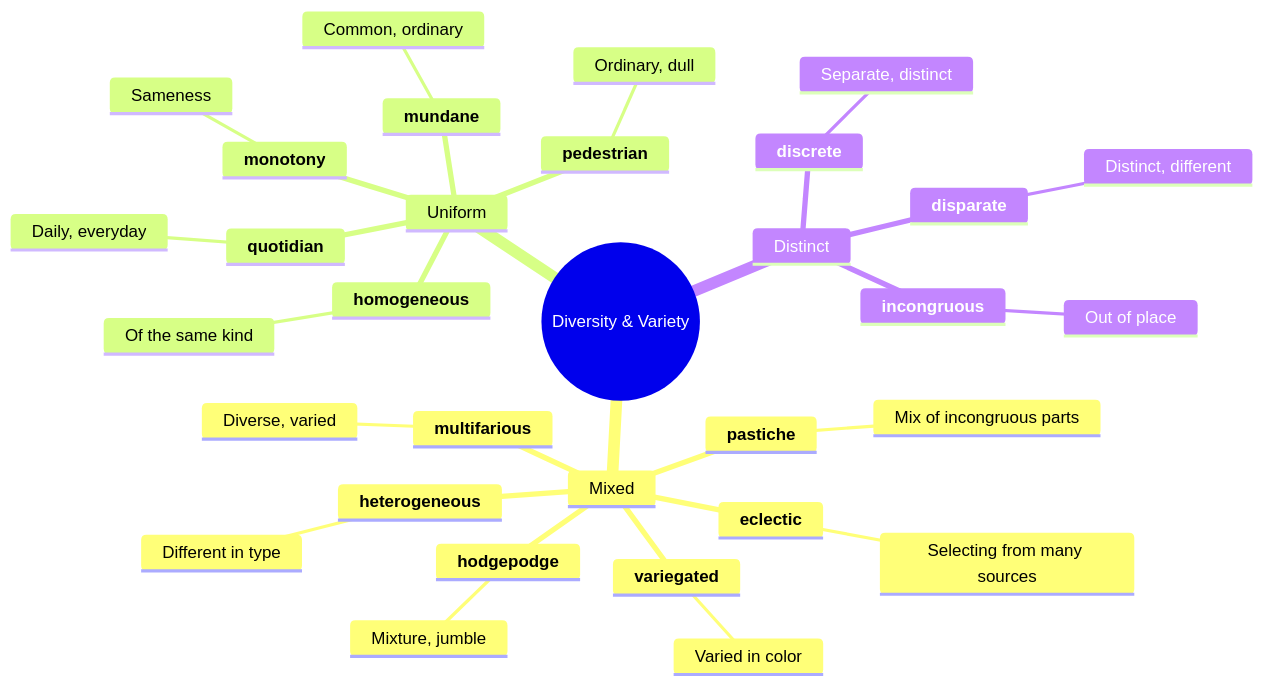
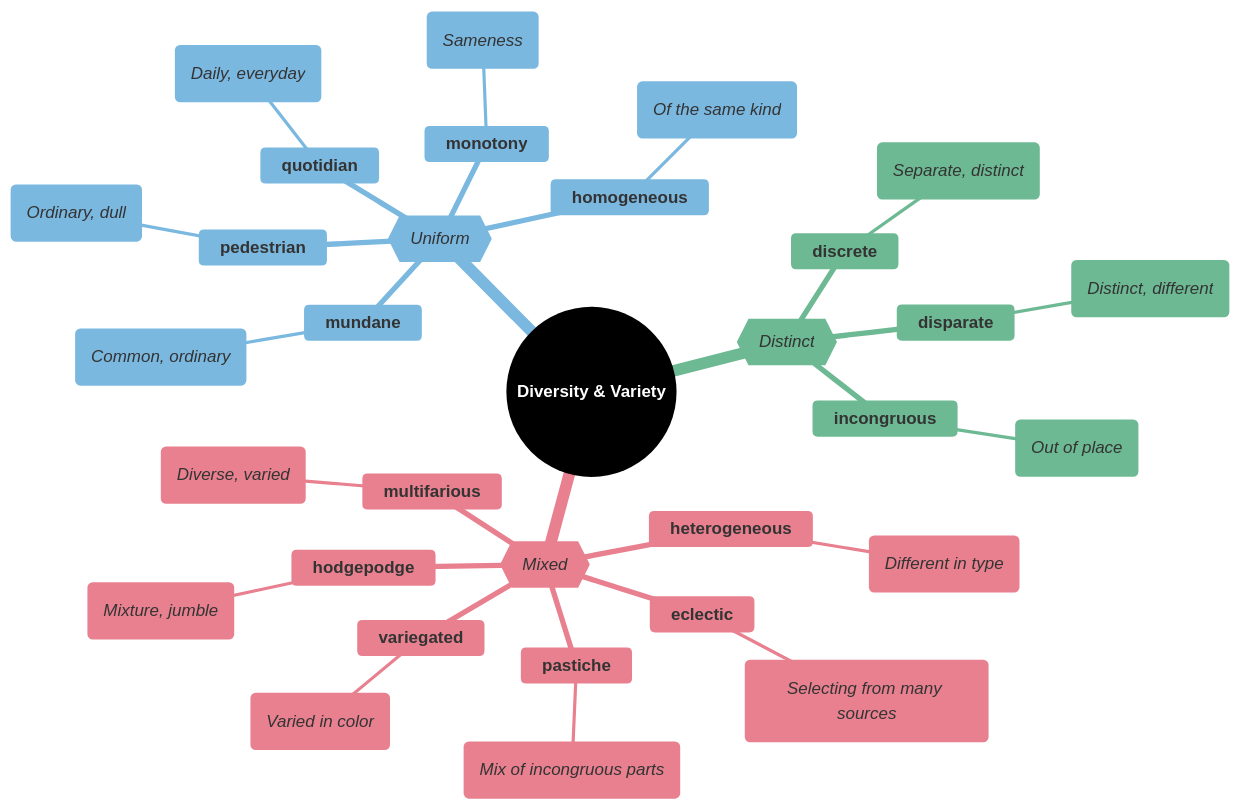
One commit to 95anantsingh/gre-preparation changed the fourth of 7 diagrams in mindmaps/13-society-and-culture.md. Above: the diagram before and after it, drawn with Mermaid. The commit also changed other lines of this file and 14 other files, not shown here.

````diff
--- a/mindmaps/13-society-and-culture.md
+++ b/mindmaps/13-society-and-culture.md
@@ -177,35 +269,54 @@
 ```mermaid
+%%{
+  init: {
+    "theme": "base",
+    "themeVariables": {
+      "primaryColor": "#000000",
+      "cScale1": "#e8808f",  "cScaleInv1": "#a33445",
+      "cScale2": "#7bb8e0",  "cScaleInv2": "#266a93",
+      "cScale3": "#6db993",  "cScaleInv3": "#23543f",
+      "cScale4": "#f5d07a",  "cScaleInv4": "#c4903b",
+      "cScale5": "#b08fcc",  "cScaleInv5": "#5d3b75",
+      "cScale6": "#74dace",  "cScaleInv6": "#217d72",
+      "cScale7": "#f09570",  "cScaleInv7": "#b84112",
+      "cScale8": "#8ea8c2",  "cScaleInv8": "#32465e",
+      "cScale9": "#cc7fba",  "cScaleInv9": "#7d2868",
+      "cScale10": "#c99a78", "cScaleInv10": "#7c4e32",
+      "cScale11": "#a3a3a3", "cScaleInv11": "#3d3d3d"
+    }
+  }
+}%%
 mindmap
-  root((Diversity & Variety))
-    Mixed
+  root((<font color=white>**Diversity & Variety**</font>))
+    {{_Mixed_}}
       **heterogeneous**
-        Different in type
+        (_Different in type_)
       **eclectic**
-        Selecting from many sources
+        (_Selecting from many sources_)
       **multifarious**
-        Diverse, varied
+        (_Diverse, varied_)
       **variegated**
-        Varied in color
+        (_Varied in color_)
       **hodgepodge**
-        Mixture, jumble
+        (_Mixture, jumble_)
       **pastiche**
-        Mix of incongruous parts
-    Uniform
+        (_Mix of incongruous parts_)
+    {{_Uniform_}}
       **homogeneous**
-        Of the same kind
+        (_Of the same kind_)
       **monotony**
-        Sameness
+        (_Sameness_)
       **mundane**
-        Common, ordinary
+        (_Common, ordinary_)
       **quotidian**
-        Daily, everyday
+        (_Daily, everyday_)
       **pedestrian**
-        Ordinary, dull
-    Distinct
+        (_Ordinary, dull_)
+    {{_Distinct_}}
       **discrete**
-        Separate, distinct
+        (_Separate, distinct_)
       **disparate**
-        Distinct, different
+        (_Distinct, different_)
       **incongruous**
-        Out of place
+        (_Out of place_)
 ```
````
